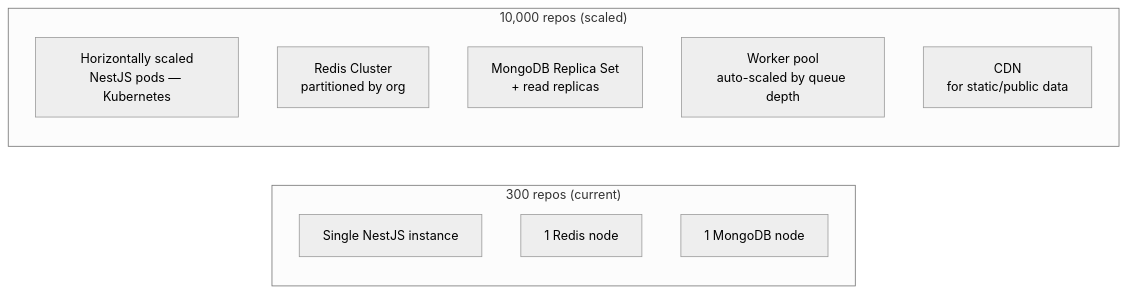
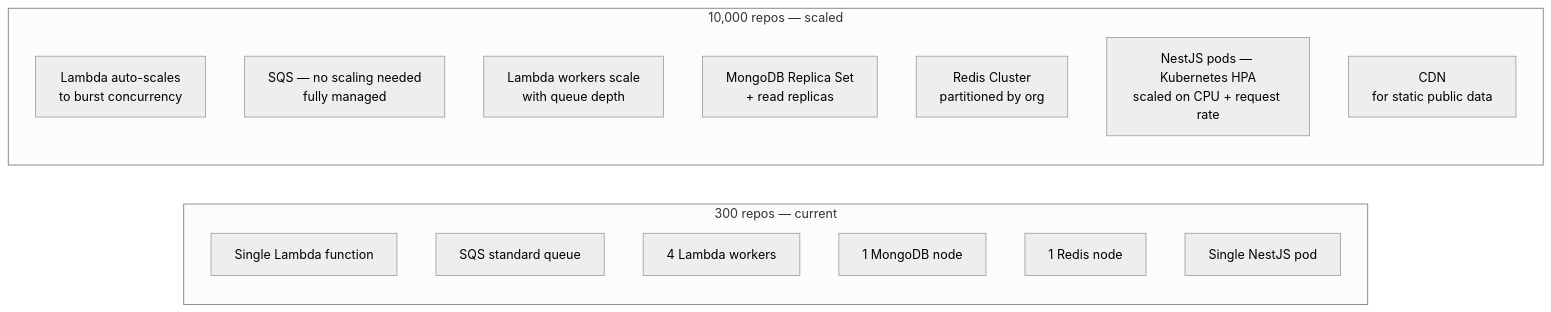
Before and after one commit to Shashwat-Darshan/webiu-gsoc-pre-task: the second of 2 diagrams in Tsk1/Idea-DOCS/architecture-diagram.md, drawn with Mermaid (neutral theme). The commit also changed other lines of this file and 3 other files, not shown here.

First line of the commit message:
fix(tsk1): correct architecture to hybrid serverless ingestion + NestJS serving

````diff
--- a/Tsk1/Idea-DOCS/architecture-diagram.md
+++ b/Tsk1/Idea-DOCS/architecture-diagram.md
@@ -86,16 +133,21 @@
 ```mermaid
 graph LR
-    subgraph "300 repos (current)"
-        S1[Single NestJS instance]
-        S2[1 Redis node]
-        S3[1 MongoDB node]
+    subgraph "300 repos — current"
+        A1[Single Lambda function]
+        A2[SQS standard queue]
+        A3[4 Lambda workers]
+        A4[1 MongoDB node]
+        A5[1 Redis node]
+        A6[Single NestJS pod]
     end
 
-    subgraph "10,000 repos (scaled)"
-        T1[Horizontally scaled<br/>NestJS pods — Kubernetes]
-        T2[Redis Cluster<br/>partitioned by org]
-        T3[MongoDB Replica Set<br/>+ read replicas]
-        T4[Worker pool<br/>auto-scaled by queue depth]
-        T5[CDN<br/>for static/public data]
+    subgraph "10,000 repos — scaled"
+        B1[Lambda auto-scales<br/>to burst concurrency]
+        B2[SQS — no scaling needed<br/>fully managed]
+        B3[Lambda workers scale<br/>with queue depth]
+        B4[MongoDB Replica Set<br/>+ read replicas]
+        B5[Redis Cluster<br/>partitioned by org]
+        B6[NestJS pods — Kubernetes HPA<br/>scaled on CPU + request rate]
+        B7[CDN<br/>for static public data]
     end
 ```
````
